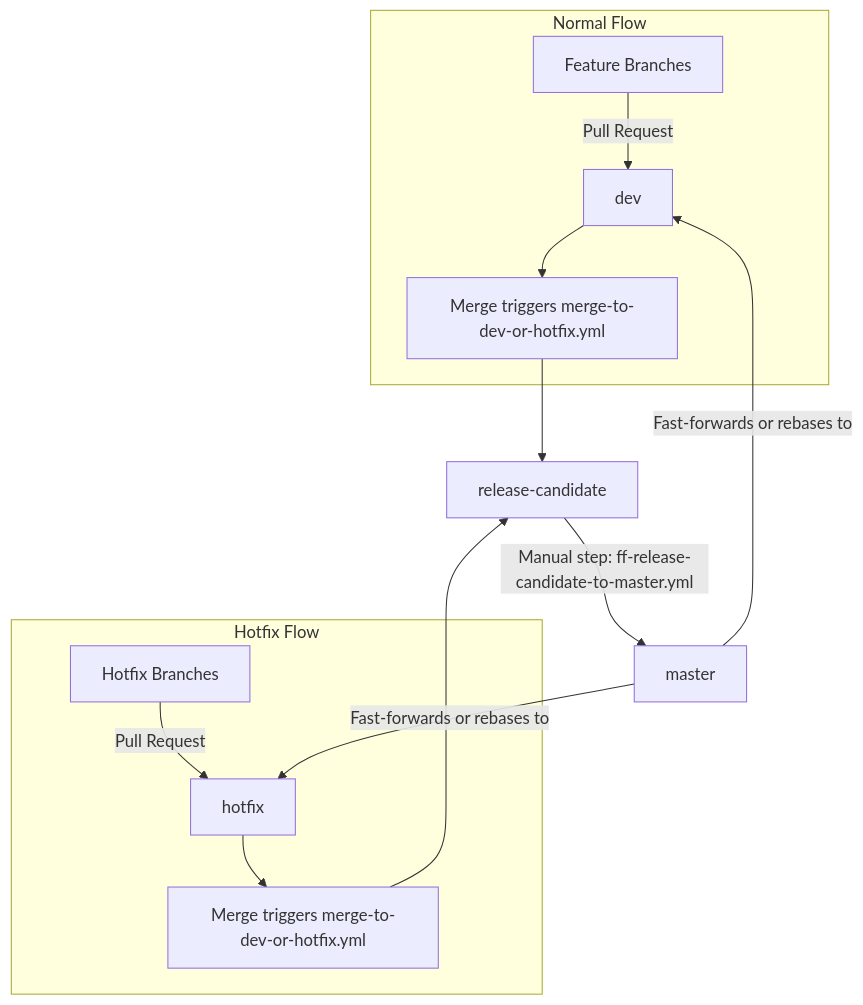
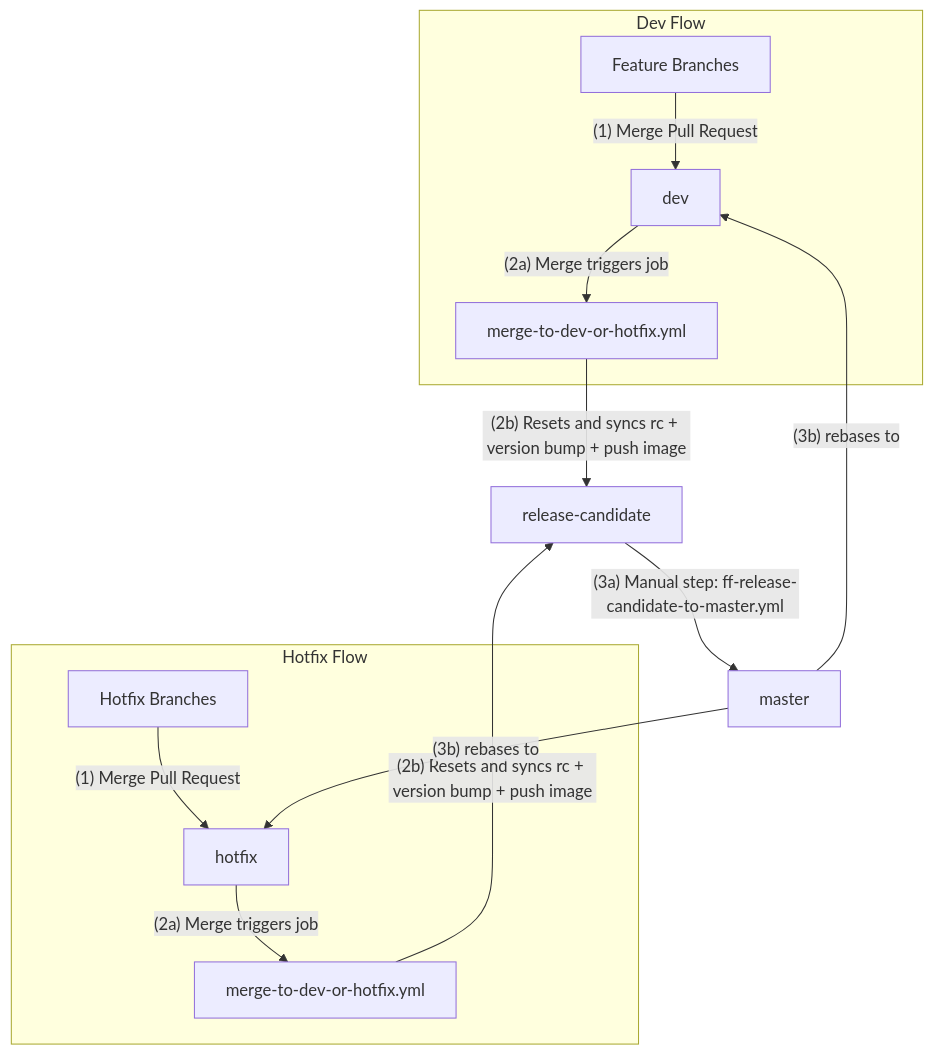
One commit to NexusMutual/workflows changed the diagram in README.md. Above: the diagram before and after it, drawn with Mermaid. The commit also changed other lines of this file, not shown here.

````diff
--- a/README.md
+++ b/README.md
@@ -21,19 +27,31 @@
 ```mermaid
 flowchart TD
-    subgraph Normal Flow
-        A[Feature Branches] -->|Pull Request| B[dev]
-        B[dev] --> C_dev_merge[Merge triggers merge-to-dev-or-hotfix.yml]
+    %% Nodes
+    A[Feature Branches]
+    B[dev]
+    C_dev_merge[merge-to-dev-or-hotfix.yml]
+    H[Hotfix Branches]
+    G[hotfix]
+    C_hotfix_merge[merge-to-dev-or-hotfix.yml]
+    RC[release-candidate]
+    D[master]
+
+    %% Dev Flow
+    subgraph Dev Flow
+        A -->|"(1) Merge Pull Request"| B
+        B -->|"(2a) Merge triggers job"| C_dev_merge
     end
 
+    %% Hotfix Flow
     subgraph Hotfix Flow
-        H[Hotfix Branches] -->|Pull Request| G[hotfix]
-        G[hotfix] --> C_hotfix_merge[Merge triggers merge-to-dev-or-hotfix.yml]
+        H -->|"(1) Merge Pull Request"| G
+        G -->|"(2a) Merge triggers job"| C_hotfix_merge
     end
 
-    C_dev_merge --> RC[release-candidate]
-    C_hotfix_merge --> RC
+    C_dev_merge -->|"(2b) Resets and syncs rc + version bump + push image"| RC
+    C_hotfix_merge -->|"(2b) Resets and syncs rc + version bump + push image"| RC
 
-    RC -->|Manual step: ff-release-candidate-to-master.yml| D[master]
-    D -->|Fast-forwards or rebases to| B
-    D -->|Fast-forwards or rebases to| G
+    RC -->|"(3a) Manual step: ff-release-candidate-to-master.yml"| D
+    D -->|"(3b) rebases to"| B
+    D -->|"(3b) rebases to"| G
 ```
````
